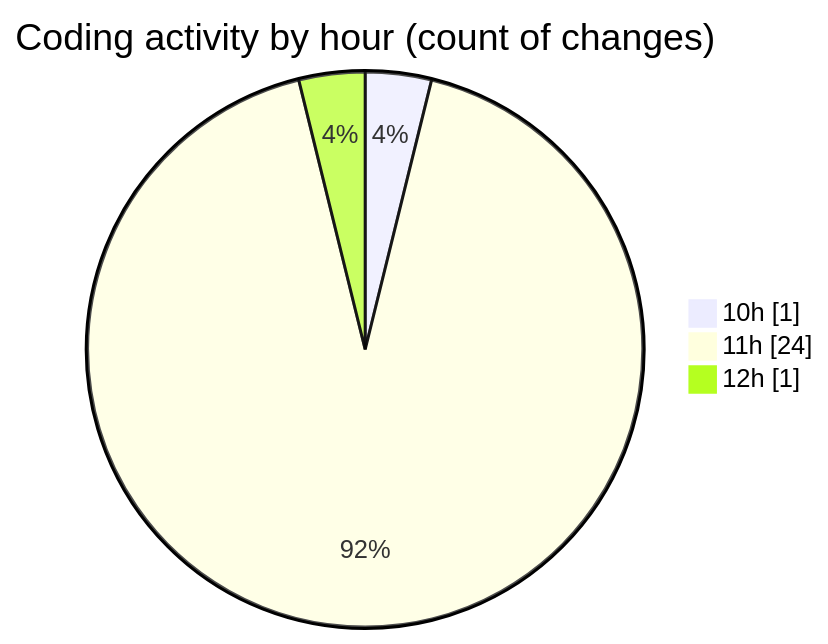
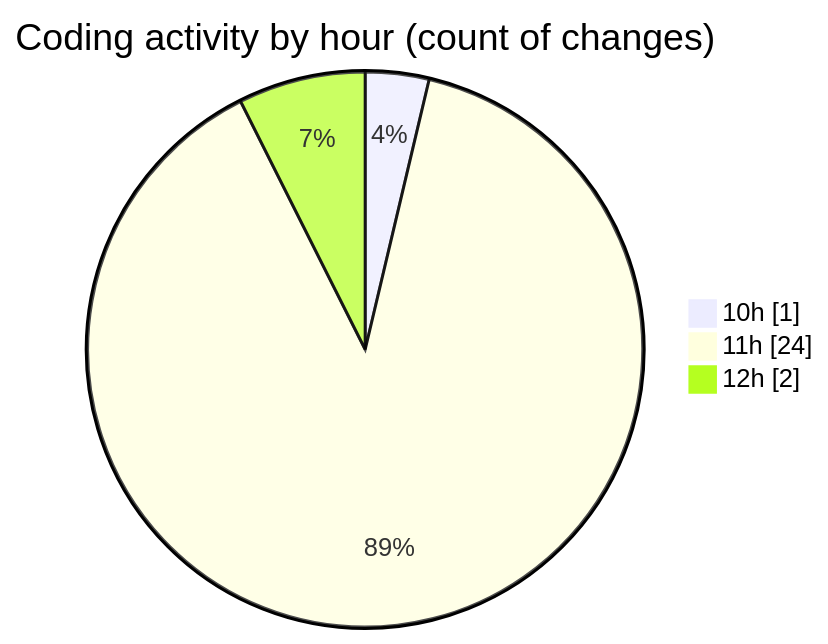
One commit to debugP/code-tracking changed the second of 2 diagrams in 2025-10-03/untitled__workspace_/README.md. Above: the diagram before and after it, drawn with Mermaid. The commit also changed other lines of this file and 1 other file, not shown here.

````diff
--- a/2025-10-03/untitled__workspace_/README.md
+++ b/2025-10-03/untitled__workspace_/README.md
@@ -28,7 +29,7 @@
 ```mermaid
 pie showData
 title Coding activity by hour (count of changes)
 "10h" : 1
 "11h" : 24
-"12h" : 1
+"12h" : 2
 ```
````
